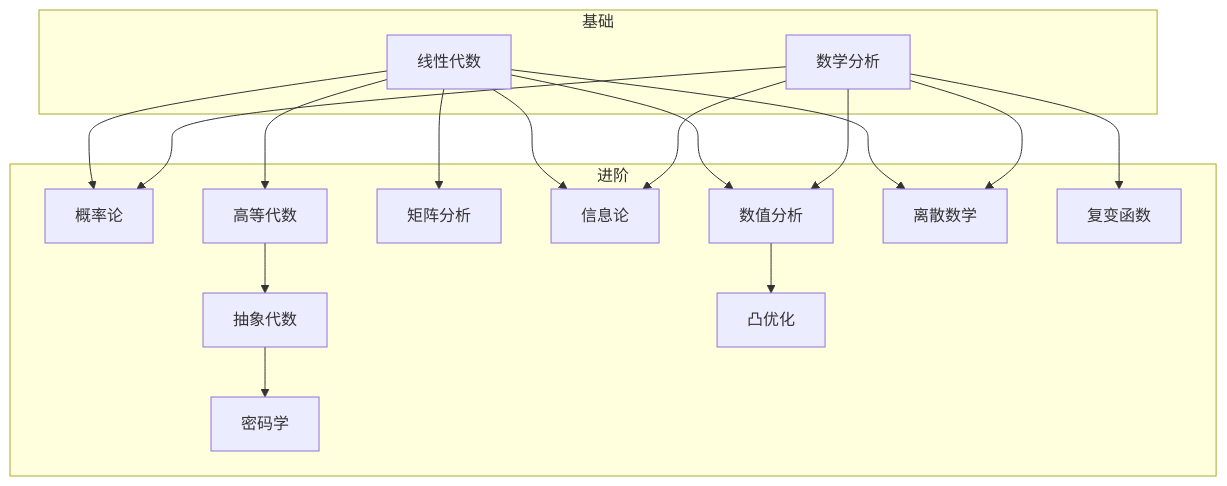
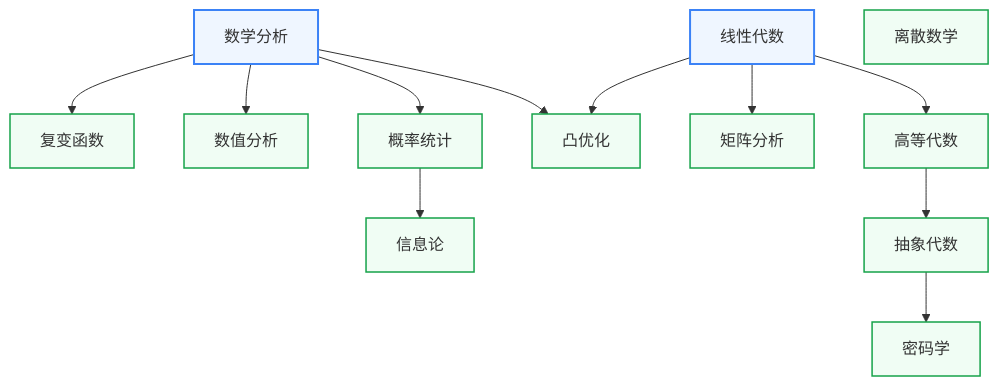
The diagram in docs/学习地图/数学/index.md (Crys-Chen/ic-guide), drawn with Mermaid before and after one commit. The commit also changed other lines of this file and 2 other files, not shown here.

````diff
--- a/docs/学习地图/数学/index.md
+++ b/docs/学习地图/数学/index.md
@@ -2,37 +9,21 @@
 ```mermaid
 graph TB
-    subgraph 基础
-        A[数学分析]
-        B[线性代数]
-    end
+    A[数学分析]
+    B[线性代数]
+    A --> M[复变函数]
+    A --> G[数值分析]
+    A --> C[概率统计]
+    A --> L[凸优化]
+    B --> L
+    B --> E[矩阵分析]
+    B --> D[高等代数]
+    C --> F[信息论]
+    D --> I[抽象代数]
+    I --> J[密码学]
+    H[离散数学]
 
-    subgraph 进阶
-        C[概率论]
-        D[高等代数]
-        E[矩阵分析]
-        F[信息论]
-        G[数值分析]
-        H[离散数学]
-        I[抽象代数]
-        J[密码学]
-        L[凸优化]
-        M[复变函数]
-    end
-		
-		A --> M
-    A --> C
-    A --> F
-    A --> G
-    A --> H
-
-    B --> D
-    B --> E
-    B --> C
-    B --> F
-    B --> G
-    B --> H
-
-    D --> I
-    I --> J
-    G --> L
+    classDef base fill:#EFF6FF,stroke:#3B82F6,stroke-width:2px
+    classDef advanced fill:#F0FDF4,stroke:#16A34A,stroke-width:1.5px
+    class A,B base
+    class C,D,E,F,G,H,I,J,L,M advanced
 ```
````
